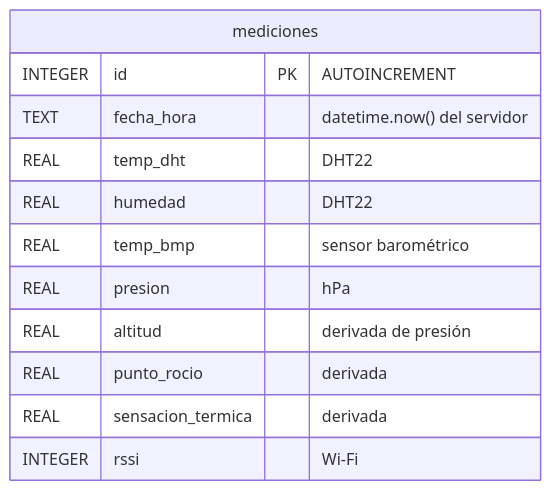
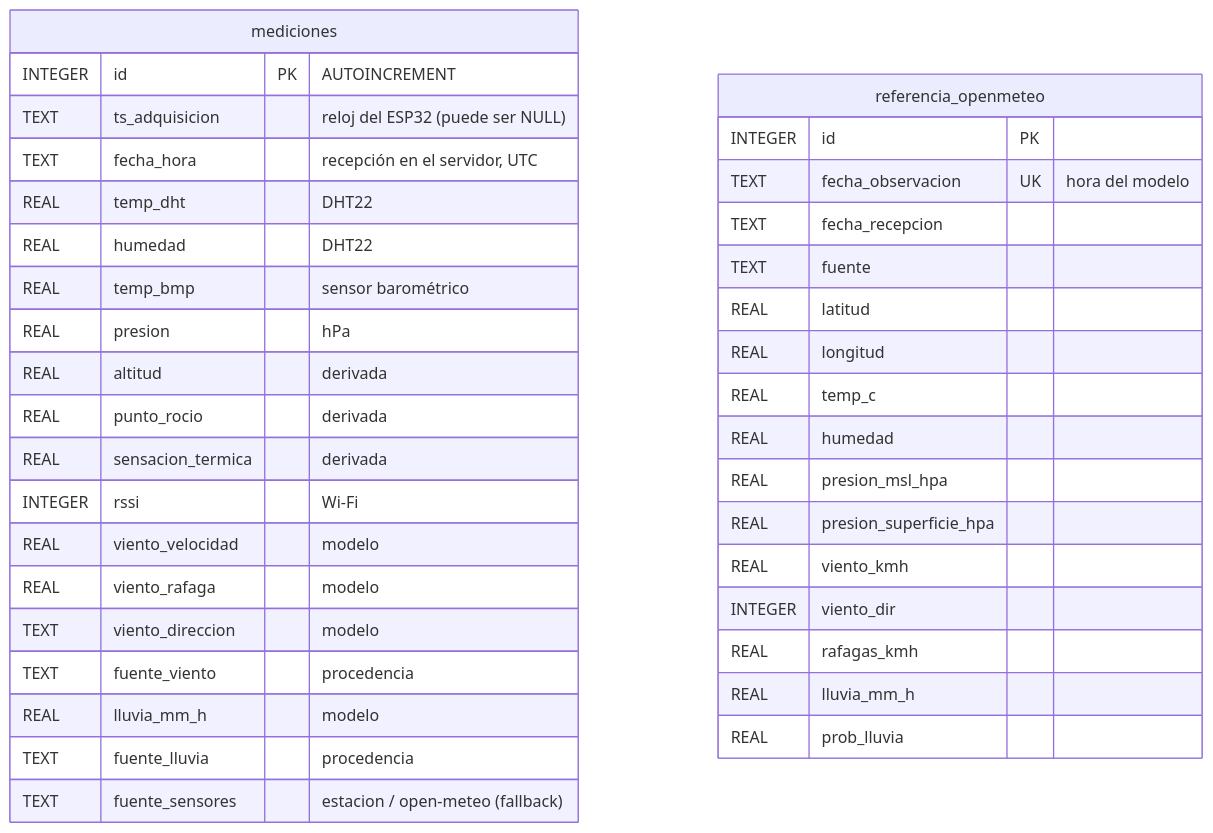
The third of 3 diagrams in docs/ARQUITECTURA.md (EstebanBertoni/estacion_meteorologica), drawn with Mermaid before and after one commit. The commit also changed other lines of this file and 2 other files, not shown here.

````diff
--- a/docs/ARQUITECTURA.md
+++ b/docs/ARQUITECTURA.md
@@ -138,15 +193,40 @@
 ```mermaid
 erDiagram
     mediciones {
         INTEGER id PK "AUTOINCREMENT"
-        TEXT fecha_hora "datetime.now() del servidor"
+        TEXT ts_adquisicion "reloj del ESP32 (puede ser NULL)"
+        TEXT fecha_hora "recepción en el servidor, UTC"
         REAL temp_dht "DHT22"
         REAL humedad "DHT22"
         REAL temp_bmp "sensor barométrico"
         REAL presion "hPa"
-        REAL altitud "derivada de presión"
+        REAL altitud "derivada"
         REAL punto_rocio "derivada"
         REAL sensacion_termica "derivada"
         INTEGER rssi "Wi-Fi"
+        REAL viento_velocidad "modelo"
+        REAL viento_rafaga "modelo"
+        TEXT viento_direccion "modelo"
+        TEXT fuente_viento "procedencia"
+        REAL lluvia_mm_h "modelo"
+        TEXT fuente_lluvia "procedencia"
+        TEXT fuente_sensores "estacion / open-meteo (fallback)"
+    }
+    referencia_openmeteo {
+        INTEGER id PK
+        TEXT fecha_observacion UK "hora del modelo"
+        TEXT fecha_recepcion
+        TEXT fuente
+        REAL latitud
+        REAL longitud
+        REAL temp_c
+        REAL humedad
+        REAL presion_msl_hpa
+        REAL presion_superficie_hpa
+        REAL viento_kmh
+        INTEGER viento_dir
+        REAL rafagas_kmh
+        REAL lluvia_mm_h
+        REAL prob_lluvia
     }
 ```
````
